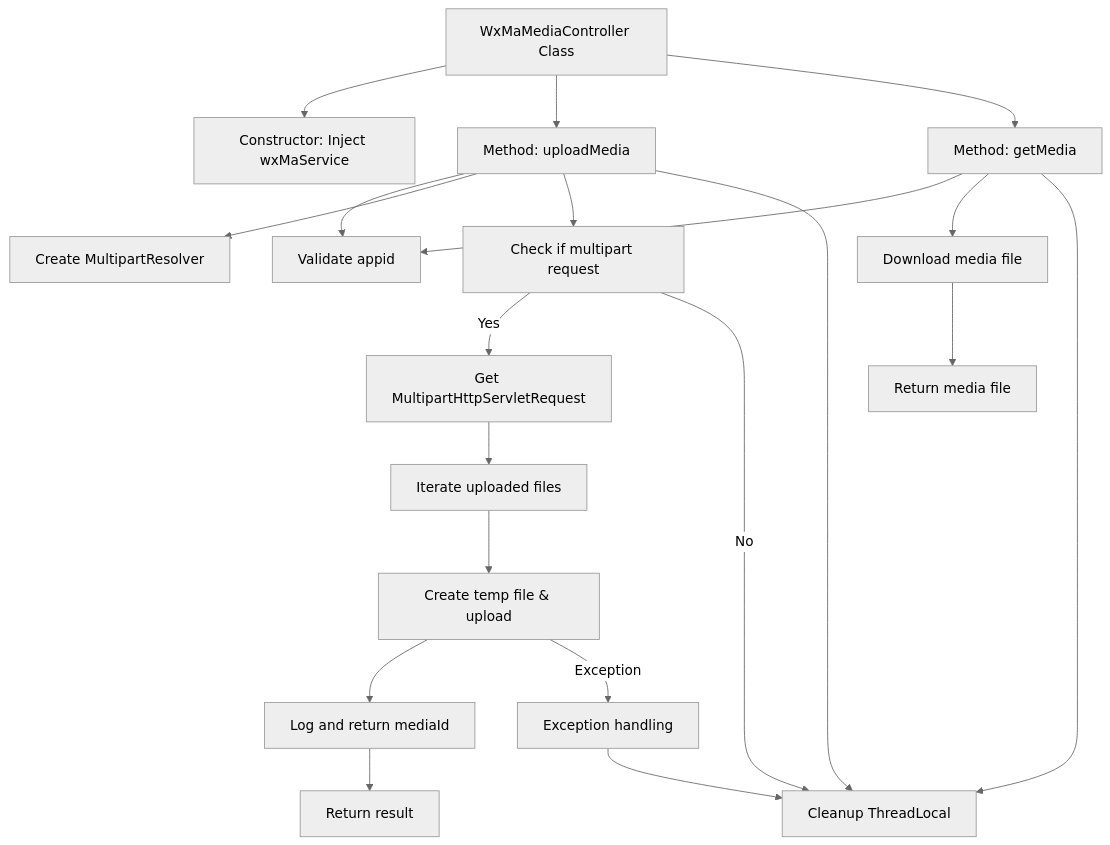
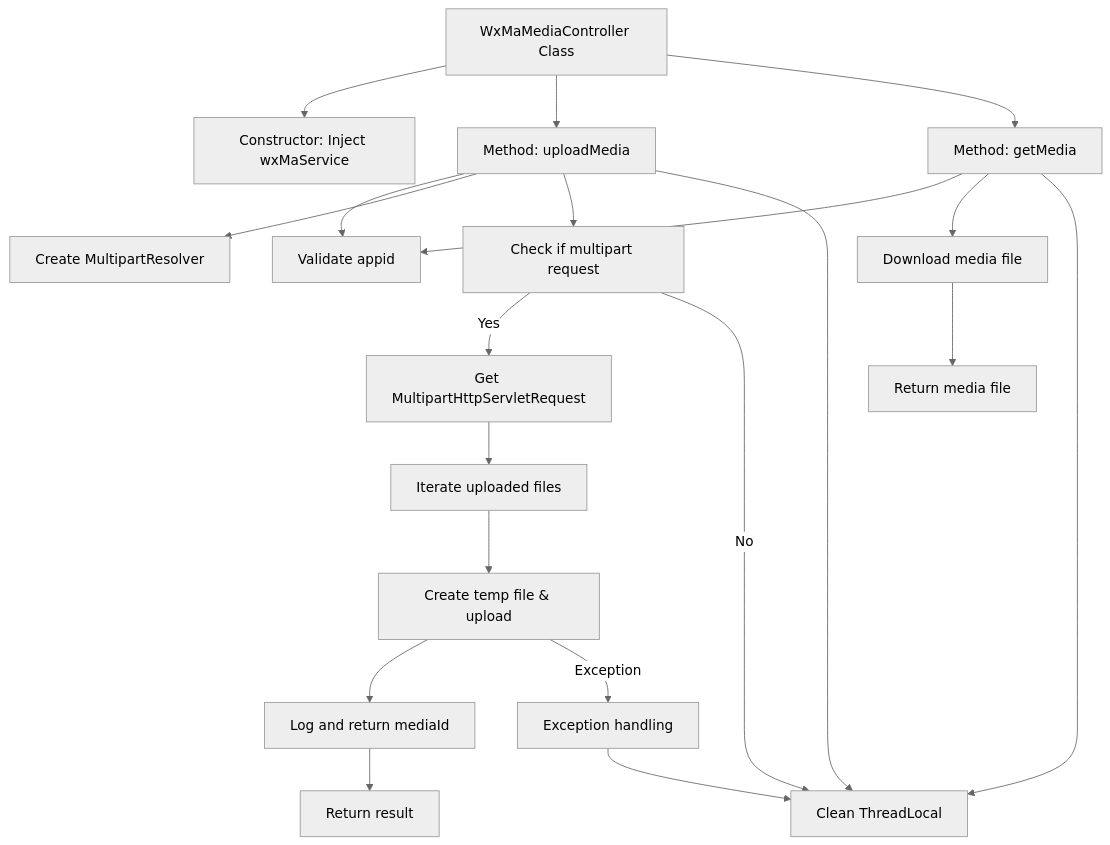
Before and after one commit to v-wjrong/rongwj666_weixin-java-miniapp-demo: the second of 2 diagrams in docs/en/docs/src/main/java/com/github/binarywang/demo/wx/miniapp/controller/WxMaMediaController.md, drawn with Mermaid (neutral theme). The commit also changed other lines of this file and 37 other files, not shown here.

````diff
--- a/docs/en/docs/src/main/java/com/github/binarywang/demo/wx/miniapp/controller/WxMaMediaController.md
+++ b/docs/en/docs/src/main/java/com/github/binarywang/demo/wx/miniapp/controller/WxMaMediaController.md
@@ -77,39 +77,39 @@
 ```mermaid
 graph TD
     A["WxMaMediaController Class"]
     B["Constructor: Inject wxMaService"]
     C["Method: uploadMedia"]
     D["Method: getMedia"]
     E["Validate appid"]
     F["Create MultipartResolver"]
     G["Check if multipart request"]
     H["Get MultipartHttpServletRequest"]
     I["Iterate uploaded files"]
     J["Create temp file & upload"]
     K["Log and return mediaId"]
     L["Exception handling"]
-    M["Cleanup ThreadLocal"]
+    M["Clean ThreadLocal"]
     N["Return result"]
     O["Download media file"]
     P["Return media file"]
 
     A --> B
     A --> C
     A --> D
     C --> E
     C --> F
     C --> G
     G -->|Yes| H
     G -->|No| M
     H --> I
     I --> J
     J --> K
     K --> N
     J -->|Exception| L
     L --> M
     C --> M
     D --> E
     D --> O
     O --> P
     D --> M
 ```
````
